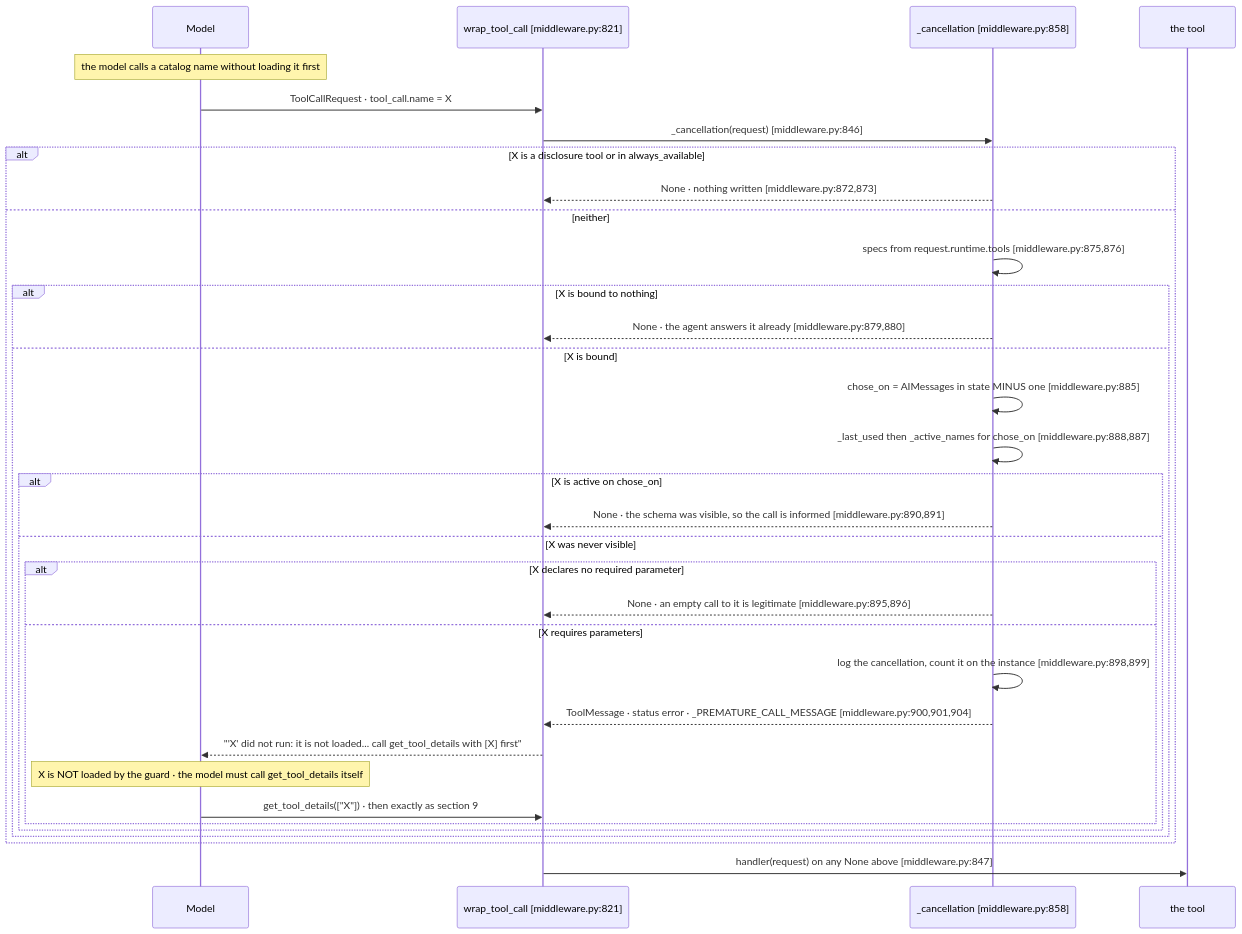
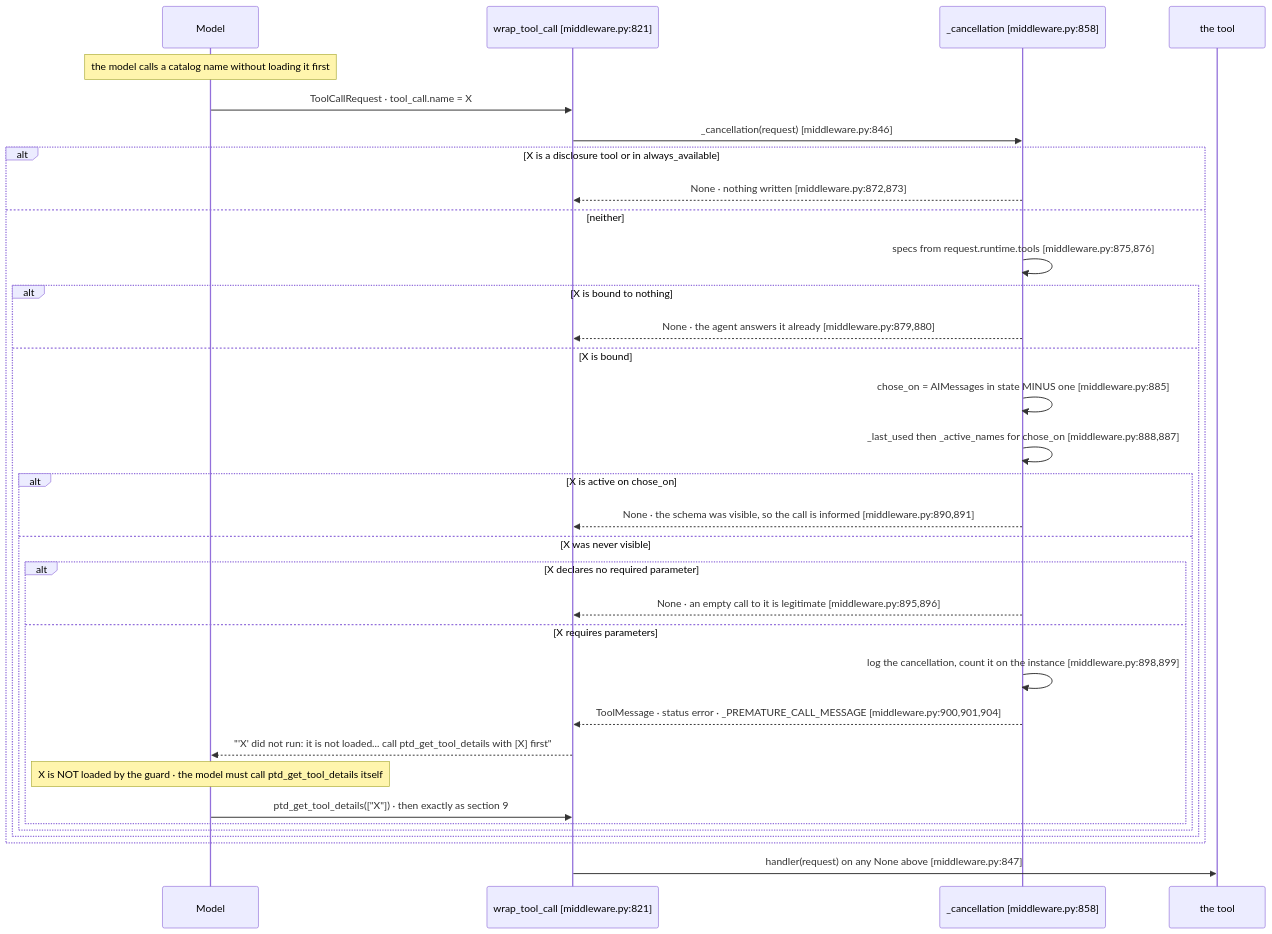
The sixth of 7 diagrams in docs/design/sequence/langgraph/sequence-b-disclosure.md (aws-samples/sample-context-engineering), drawn with Mermaid before and after one commit. The commit also changed other lines of this file and 124 other files, not shown here.

First line of the commit message:
feat(plugins): prefix every model-facing tool with its plugin's initials

````diff
--- a/docs/design/sequence/langgraph/sequence-b-disclosure.md
+++ b/docs/design/sequence/langgraph/sequence-b-disclosure.md
@@ -765,36 +765,36 @@
 ```mermaid
 sequenceDiagram
     participant Model
     participant WTC as wrap_tool_call [middleware.py:821]
     participant Cancel as _cancellation [middleware.py:858]
     participant Handler as the tool
 
     Note over Model: the model calls a catalog name without loading it first
     Model->>WTC: ToolCallRequest · tool_call.name = X
     WTC->>Cancel: _cancellation(request) [middleware.py:846]
     alt X is a disclosure tool or in always_available
         Cancel-->>WTC: None · nothing written [middleware.py:872,873]
     else neither
         Cancel->>Cancel: specs from request.runtime.tools [middleware.py:875,876]
         alt X is bound to nothing
             Cancel-->>WTC: None · the agent answers it already [middleware.py:879,880]
         else X is bound
             Cancel->>Cancel: chose_on = AIMessages in state MINUS one [middleware.py:885]
             Cancel->>Cancel: _last_used then _active_names for chose_on [middleware.py:888,887]
             alt X is active on chose_on
                 Cancel-->>WTC: None · the schema was visible, so the call is informed [middleware.py:890,891]
             else X was never visible
                 alt X declares no required parameter
                     Cancel-->>WTC: None · an empty call to it is legitimate [middleware.py:895,896]
                 else X requires parameters
                     Cancel->>Cancel: log the cancellation, count it on the instance [middleware.py:898,899]
                     Cancel-->>WTC: ToolMessage · status error · _PREMATURE_CALL_MESSAGE [middleware.py:900,901,904]
-                    WTC-->>Model: "'X' did not run: it is not loaded... call get_tool_details with [X] first"
-                    Note over Model: X is NOT loaded by the guard · the model must call get_tool_details itself
-                    Model->>WTC: get_tool_details(["X"]) · then exactly as section 9
+                    WTC-->>Model: "'X' did not run: it is not loaded... call ptd_get_tool_details with [X] first"
+                    Note over Model: X is NOT loaded by the guard · the model must call ptd_get_tool_details itself
+                    Model->>WTC: ptd_get_tool_details(["X"]) · then exactly as section 9
                 end
             end
         end
     end
     WTC->>Handler: handler(request) on any None above [middleware.py:847]
 ```
````
